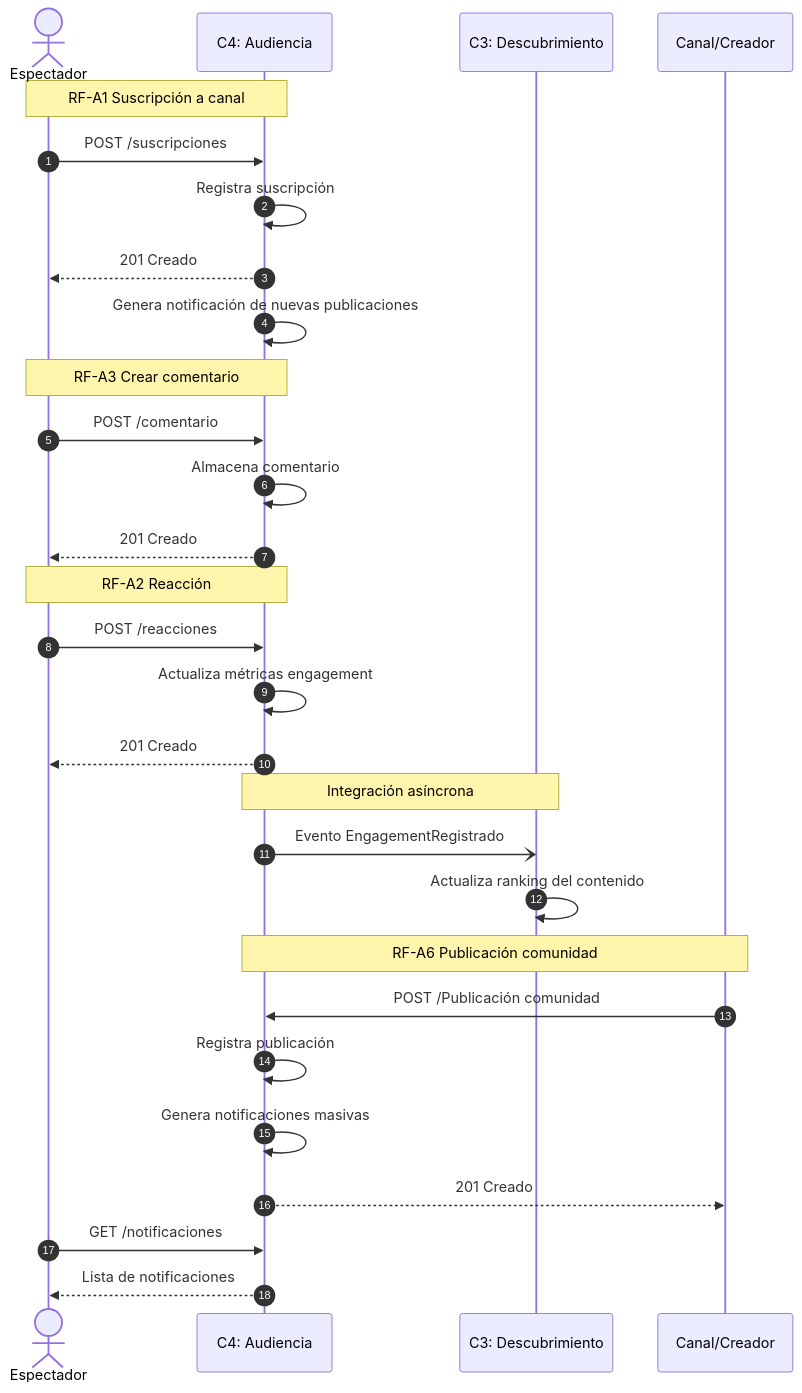
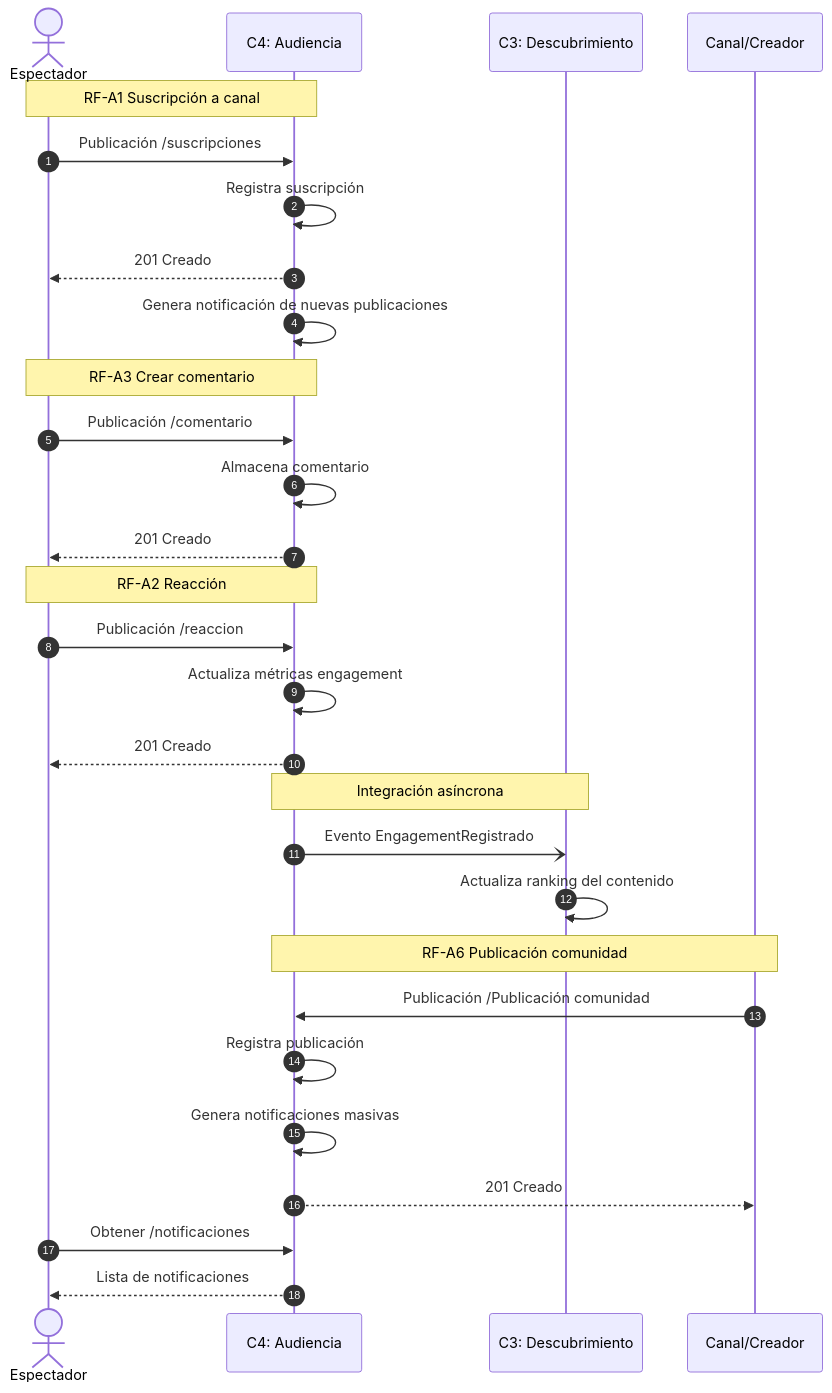
One commit to Wheaor/OpenAPI---Youtube changed the second of 2 diagrams in bounded-contexts-4-audiencia/README.md. Above: the diagram before and after it, drawn with Mermaid.

````diff
--- a/bounded-contexts-4-audiencia/README.md
+++ b/bounded-contexts-4-audiencia/README.md
@@ -156,54 +156,54 @@
 ```mermaid
 sequenceDiagram
     autonumber
 
     actor User as Espectador
     participant C4 as C4: Audiencia
     participant C3 as C3: Descubrimiento
     participant Creator as Canal/Creador
 
     %% --- SUSCRIPCIÓN ---
     Note over User,C4: RF-A1 Suscripción a canal
 
-    User->>C4: POST /suscripciones
+    User->>C4: Publicación /suscripciones
     C4->>C4: Registra suscripción
     C4-->>User: 201 Creado
 
     %% --- NOTIFICACIÓN ---
     C4->>C4: Genera notificación de nuevas publicaciones
 
     %% --- COMENTARIO ---
     Note over User,C4: RF-A3 Crear comentario
 
-    User->>C4: POST /comentario
+    User->>C4: Publicación /comentario
     C4->>C4: Almacena comentario
     C4-->>User: 201 Creado
 
     %% --- LIKE ---
     Note over User,C4: RF-A2 Reacción
 
-    User->>C4: POST /reacciones
+    User->>C4: Publicación /reaccion
     C4->>C4: Actualiza métricas engagement
     C4-->>User: 201 Creado
 
     %% --- EVENTO HACIA DESCUBRIMIENTO ---
     Note over C4,C3: Integración asíncrona
 
     C4-)C3: Evento EngagementRegistrado
     C3->>C3: Actualiza ranking del contenido
 
     %% --- PUBLICACIÓN DE COMUNIDAD ---
     Note over Creator,C4: RF-A6 Publicación comunidad
 
-    Creator->>C4: POST /Publicación comunidad
+    Creator->>C4: Publicación /Publicación comunidad
     C4->>C4: Registra publicación
 
     %% --- NOTIFICACIÓN A SUSCRIPTORES ---
     C4->>C4: Genera notificaciones masivas
 
     C4-->>Creator: 201 Creado
 
     %% --- CONSULTA DE NOTIFICACIONES ---
-    User->>C4: GET /notificaciones
+    User->>C4: Obtener /notificaciones
     C4-->>User: Lista de notificaciones
 ```
````
